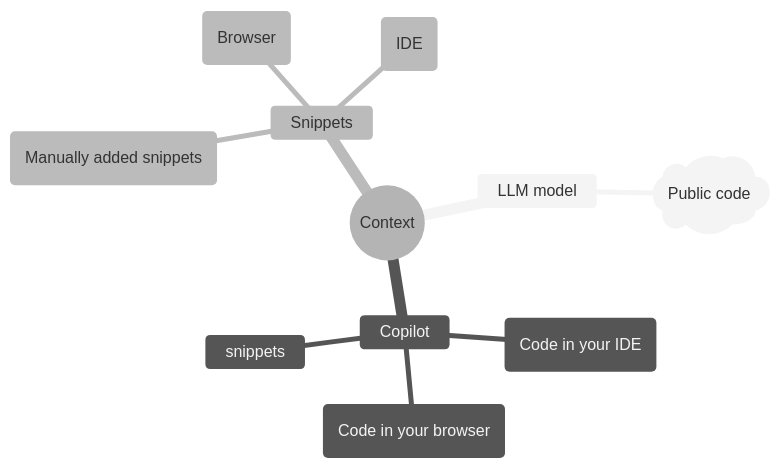
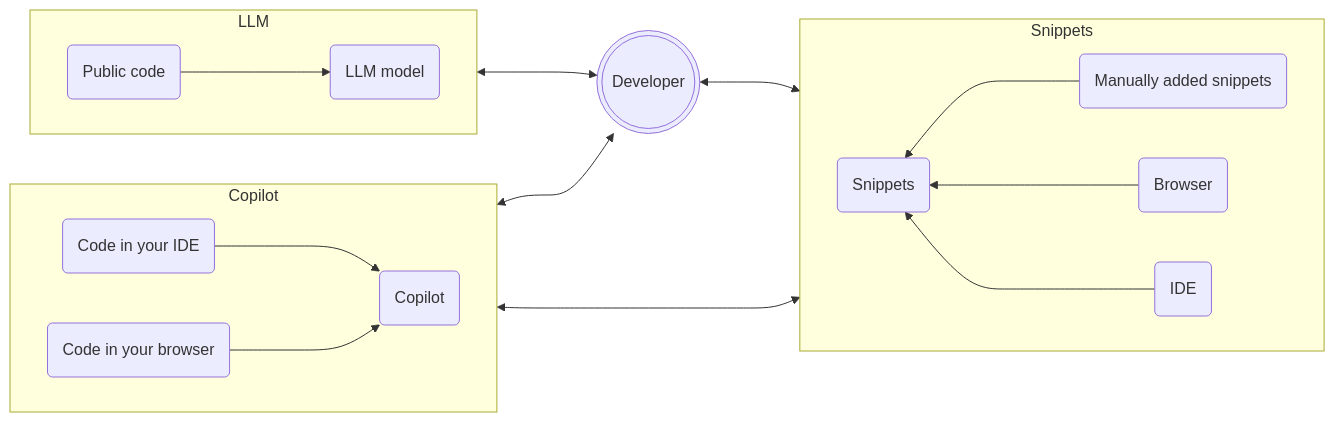
Before and after one commit to pieces-app/workshops: the sixth of 7 diagrams in 10x-developer-productivity/slides.md, drawn with Mermaid. The commit also changed other lines of this file and 1 other file, not shown here.

Commit message:
Improving mermaid diagrams

````diff
--- a/10x-developer-productivity/slides.md
+++ b/10x-developer-productivity/slides.md
@@ -406,15 +431,23 @@
 ```mermaid
-%%{init: {'theme': 'neutral' } }%%
-mindmap
-  root((Context))
-    LLM model
-      public-cloud)Public code(
-    Copilot
-      code-ide(Code in your IDE)
-      web(Code in your browser)
-      snippets
-    Snippets
-      manual-snippet(Manually added snippets)
-      browser-snippet(Browser)
-      browser-snippet(IDE)
+flowchart LR
+    subgraph LLM
+        direction LR
+        public-cloud(Public code)--->llm-model(LLM model)
+    end
+    subgraph Copilot
+        direction LR
+        code-ide(Code in your IDE)--->copilot-ide(Copilot)
+        web(Code in your browser)--->copilot-ide(Copilot)
+    end
+    subgraph Snippets
+        direction RL
+        snippets(Snippets)
+        manual-snippet(Manually added snippets)--->snippets(Snippets)
+        browser-snippet(Browser)--->snippets(Snippets)
+        ide-snippet(IDE)--->snippets(Snippets)
+    end
+    LLM<--->context(((Developer)))
+    Copilot<--->context(((Developer)))
+    context(((Developer)))<--->Snippets
+    Copilot<--->Snippets
 ```
````
